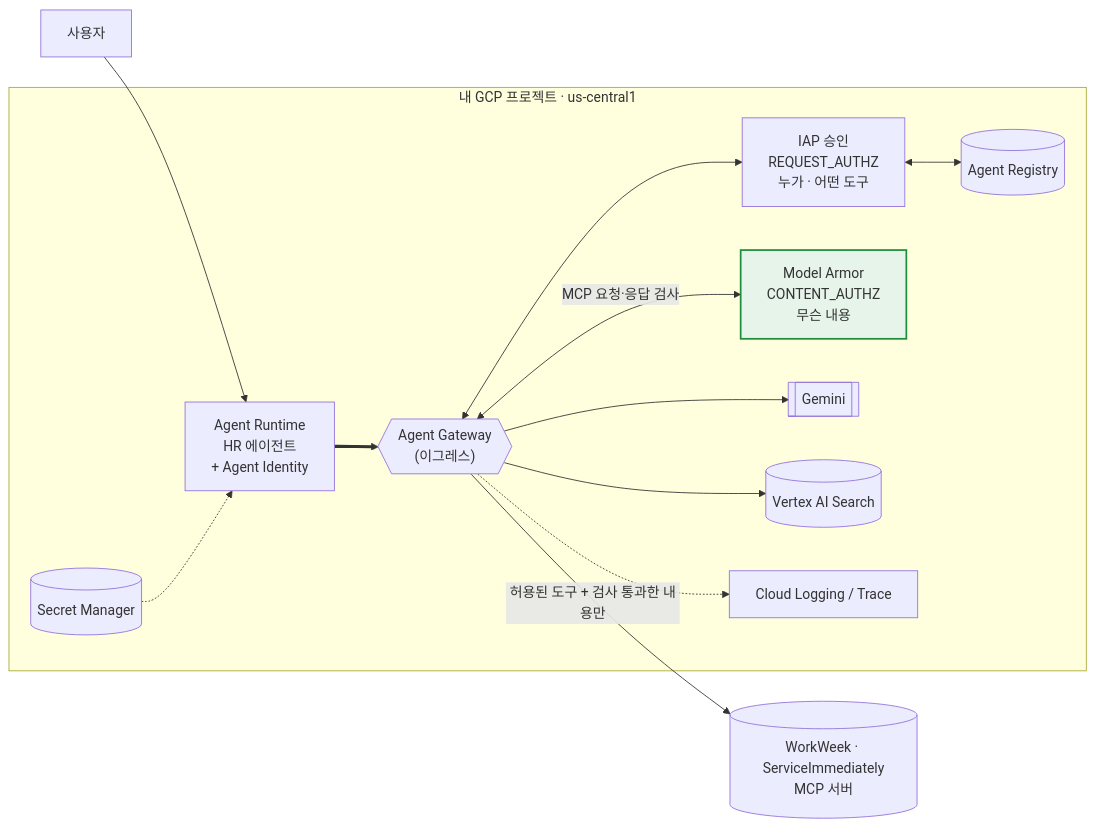
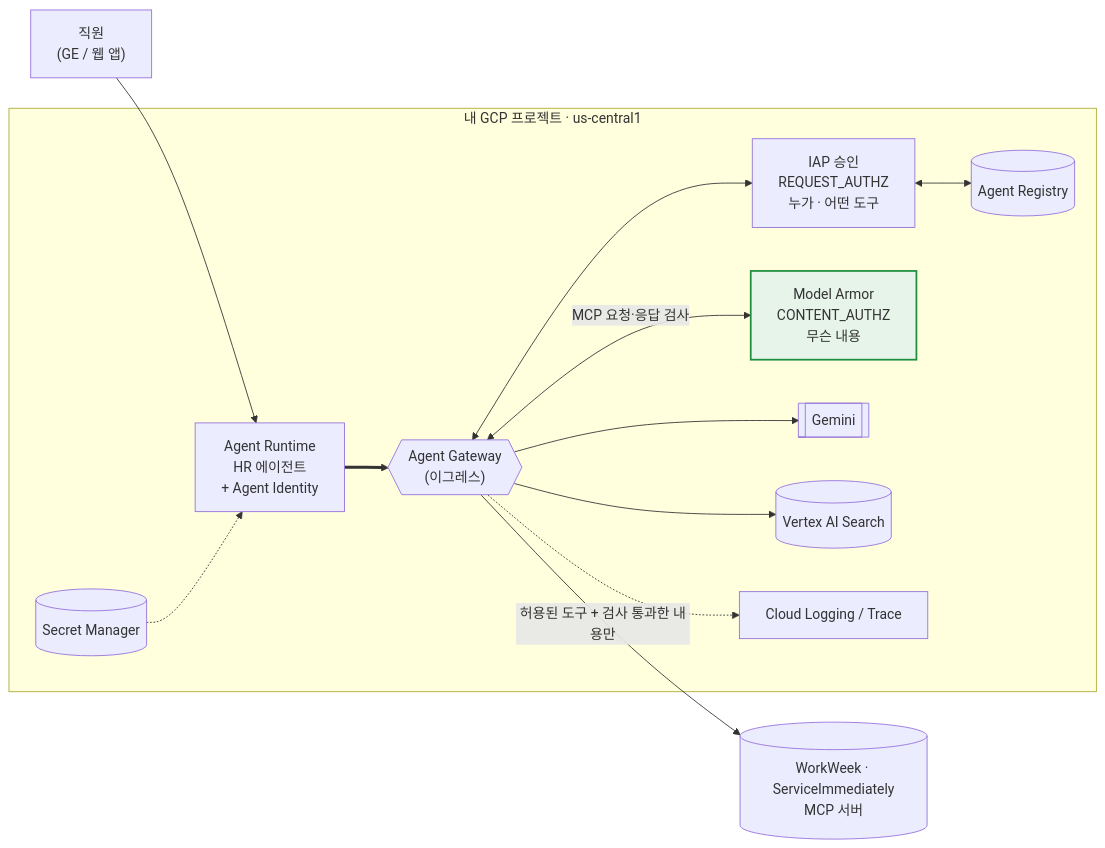
One commit to p219116/track3-2 changed the sixth of 6 diagrams in README.md. Above: the diagram before and after it, drawn with Mermaid. The commit also changed other lines of this file, not shown here.

````diff
--- a/README.md
+++ b/README.md
@@ -551,26 +631,26 @@
 ```mermaid
 flowchart LR
-    U[사용자] --> AR
+    U["직원<br/>(GE / 웹 앱)"] --> AR
     subgraph GCP["내 GCP 프로젝트 · us-central1"]
         AR["Agent Runtime<br/>HR 에이전트<br/>+ Agent Identity"]
         AGW{{"Agent Gateway<br/>(이그레스)"}}
         IAP["IAP 승인<br/>REQUEST_AUTHZ<br/>누가 · 어떤 도구"]
         MA["Model Armor<br/>CONTENT_AUTHZ<br/>무슨 내용"]
         REG[("Agent Registry")]
         SM[("Secret Manager")]
         GEM[["Gemini"]]
         VS[("Vertex AI Search")]
         LOG["Cloud Logging / Trace"]
         SM -.-> AR
         AR ==> AGW
         AGW <--> IAP
         IAP <--> REG
         AGW <-- "MCP 요청·응답 검사" --> MA
         AGW --> GEM
         AGW --> VS
         AGW -.-> LOG
     end
     AGW -- "허용된 도구 + 검사 통과한 내용만" --> MCP[("WorkWeek · ServiceImmediately<br/>MCP 서버")]
     classDef new fill:#e6f4ea,stroke:#1e8e3e,stroke-width:2px;
     class MA new
 ```
````
